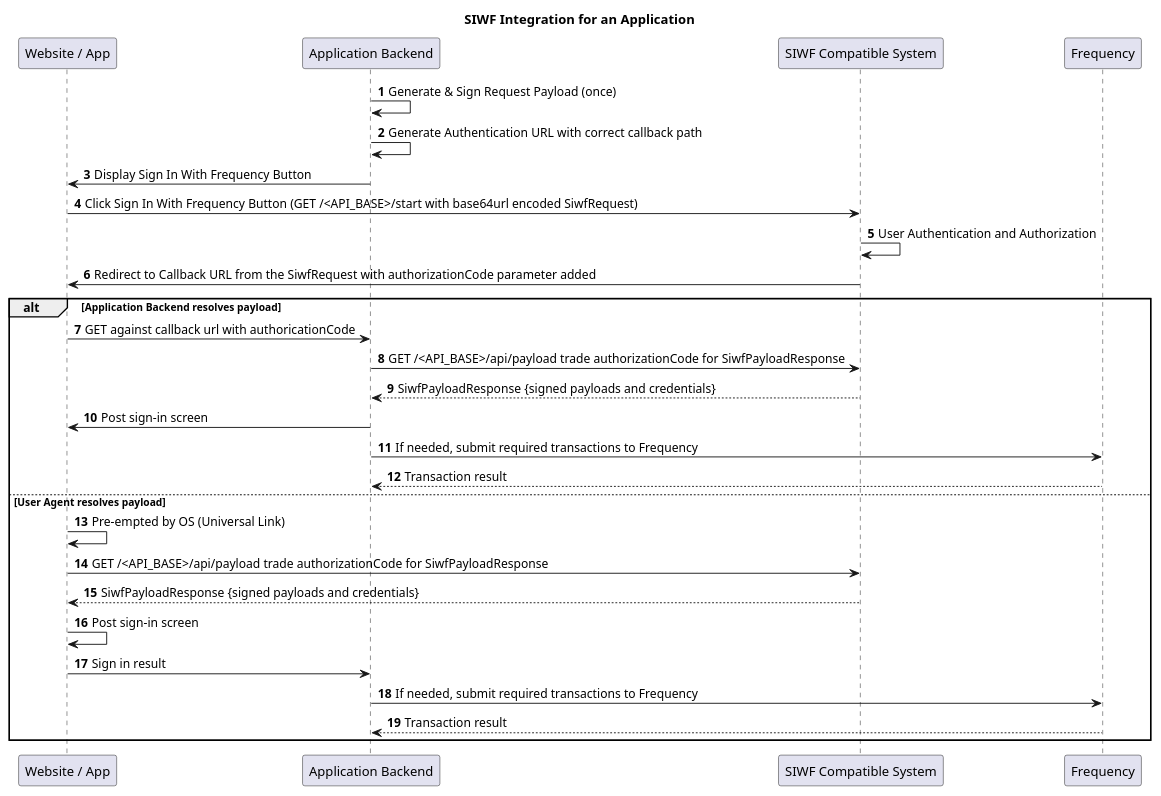
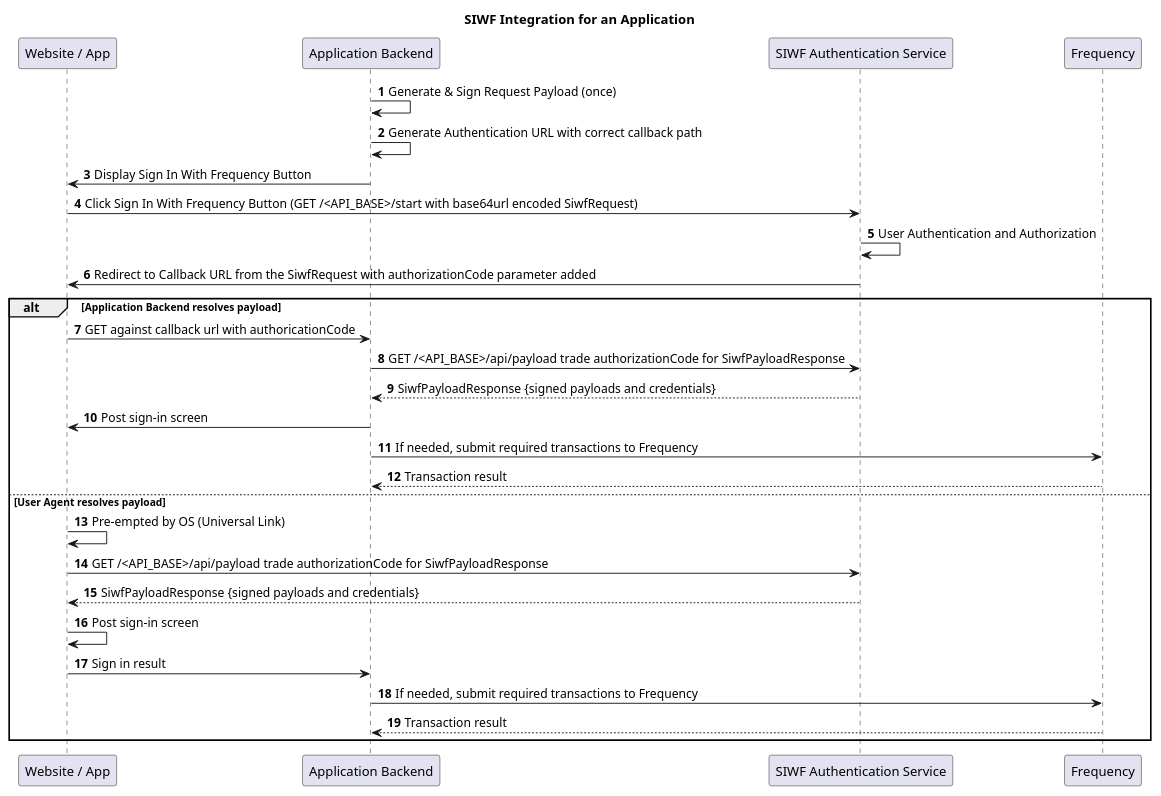
One commit to ProjectLibertyLabs/siwf changed the diagram in docs/src/Actions/flow.puml. Above: the diagram before and after it, drawn with PlantUML. The commit also changed 5 other files, not shown here.

Commit message:
SIWF compatible services

```diff
--- a/docs/src/Actions/flow.puml
+++ b/docs/src/Actions/flow.puml
@@ -1,31 +1,31 @@
 @startuml
 title "SIWF Integration for an Application"
 participant "Website / App" as ua
 participant "Application Backend" as p
-participant "SIWF Compatible System" as fa
+participant "SIWF Authentication Service" as fa
 participant "Frequency" as bc
 
 autonumber
 p->p: Generate & Sign Request Payload (once)
 p->p: Generate Authentication URL with correct callback path
 p->ua: Display Sign In With Frequency Button
 ua->fa: Click Sign In With Frequency Button (GET /<API_BASE>/start with base64url encoded SiwfRequest)
 fa->fa: User Authentication and Authorization
 fa->ua: Redirect to Callback URL from the SiwfRequest with authorizationCode parameter added
 alt Application Backend resolves payload
     ua->p: GET against callback url with authoricationCode
     p->fa: GET /<API_BASE>/api/payload trade authorizationCode for SiwfPayloadResponse
     return SiwfPayloadResponse {signed payloads and credentials}
     p->ua: Post sign-in screen
     p->bc: If needed, submit required transactions to Frequency
     return Transaction result
 else User Agent resolves payload
     ua->ua: Pre-empted by OS (Universal Link)
     ua->fa: GET /<API_BASE>/api/payload trade authorizationCode for SiwfPayloadResponse
     return SiwfPayloadResponse {signed payloads and credentials}
     ua->ua: Post sign-in screen
     ua->p: Sign in result
     p->bc: If needed, submit required transactions to Frequency
     return Transaction result
 end
 @enduml
```
